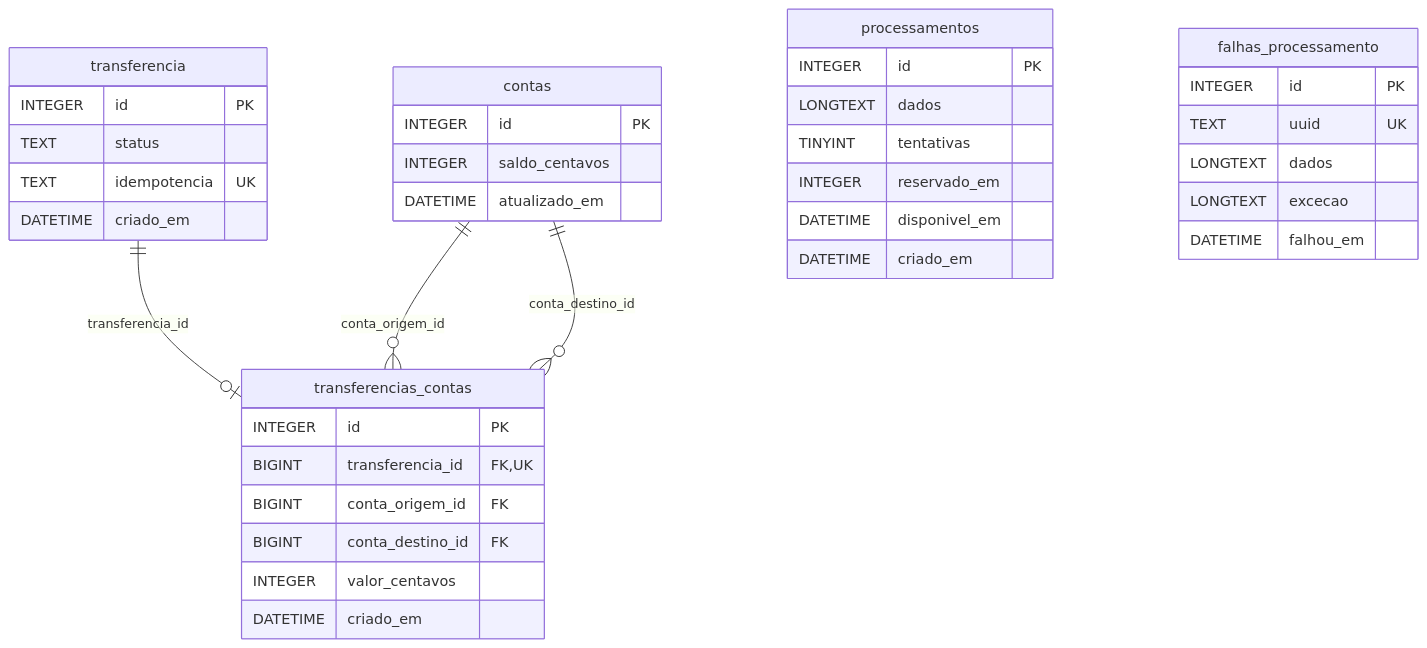
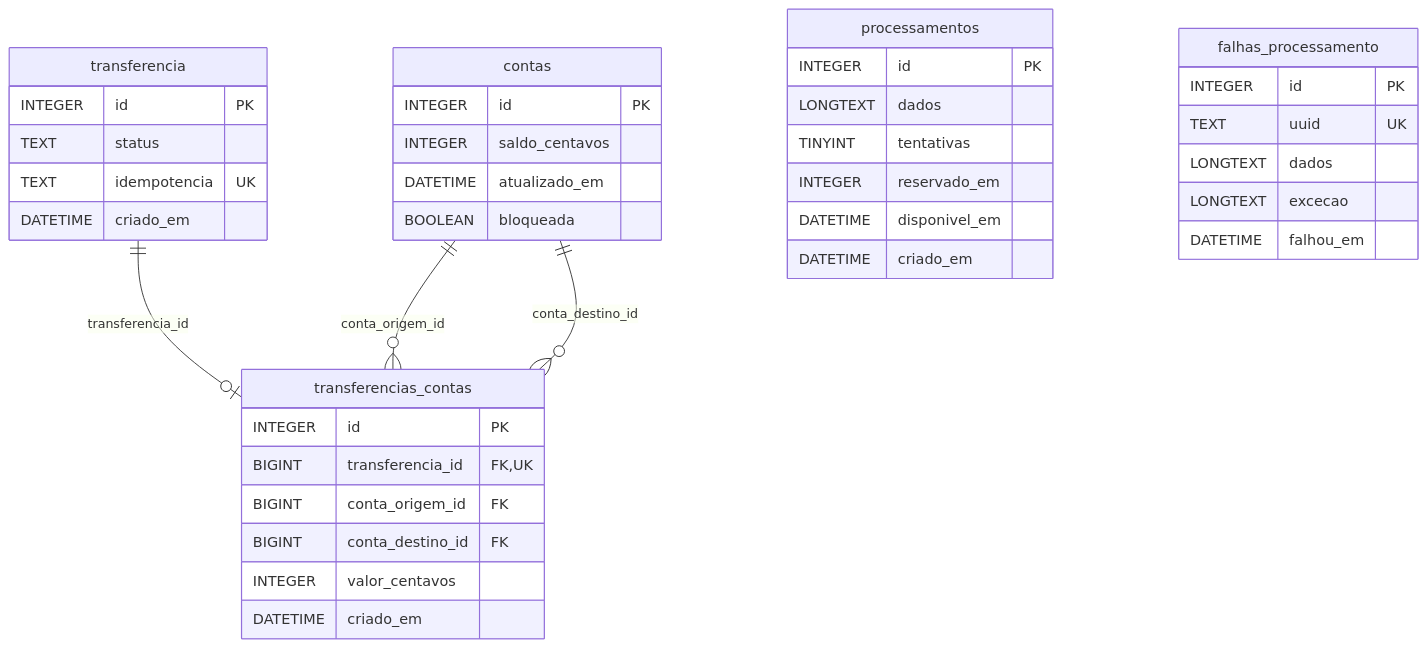
The diagram in docs/migrations/README.md (yoao77/case-tecnico-cast), drawn with Mermaid before and after one commit. The commit also changed other lines of this file and 2 other files, not shown here.

Commit message:
feat: adiciona a coluna bloqueada na tabela contas

````diff
--- a/docs/migrations/README.md
+++ b/docs/migrations/README.md
@@ -19,41 +20,42 @@
 ```mermaid
 erDiagram
     contas {
         INTEGER id PK
         INTEGER saldo_centavos
         DATETIME atualizado_em
+        BOOLEAN bloqueada
     }
     transferencia {
         INTEGER id PK
         TEXT status
         TEXT idempotencia UK
         DATETIME criado_em
     }
     transferencias_contas {
         INTEGER id PK
         BIGINT transferencia_id FK, UK
         BIGINT conta_origem_id FK
         BIGINT conta_destino_id FK
         INTEGER valor_centavos
         DATETIME criado_em
     }
     processamentos {
         INTEGER id PK
         LONGTEXT dados
         TINYINT tentativas
         INTEGER reservado_em
         DATETIME disponivel_em
         DATETIME criado_em
     }
     falhas_processamento {
         INTEGER id PK
         TEXT uuid UK
         LONGTEXT dados
         LONGTEXT excecao
         DATETIME falhou_em
     }
 
     transferencia ||--o| transferencias_contas : "transferencia_id"
     contas ||--o{ transferencias_contas : "conta_origem_id"
     contas ||--o{ transferencias_contas : "conta_destino_id"
 ```
````
